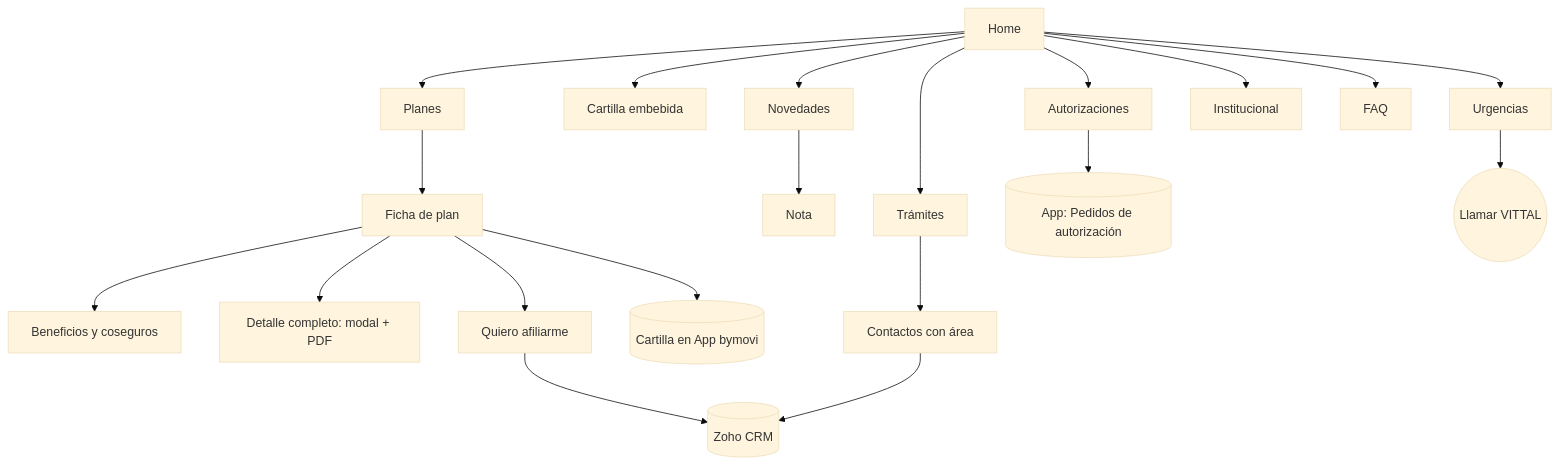
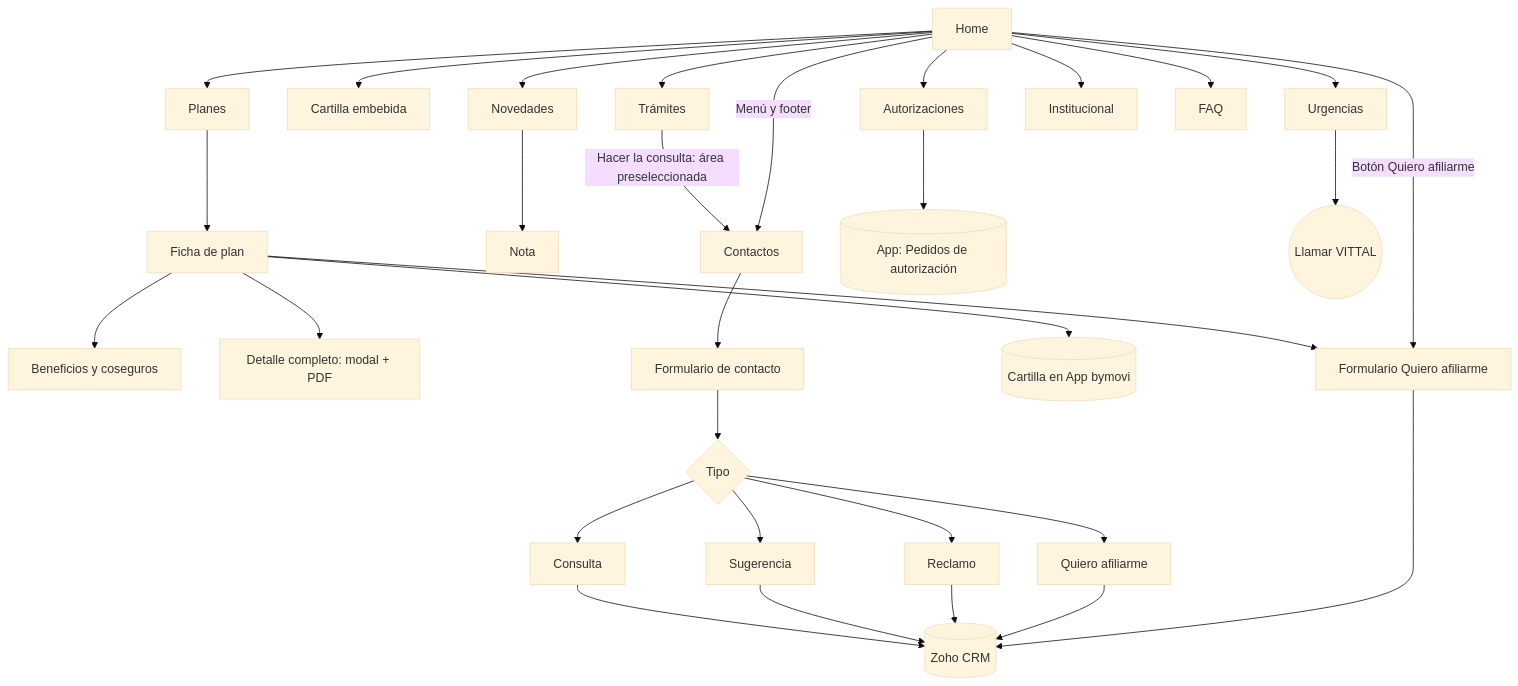
Before and after one commit to eneue2020/web: the diagram in MAPA-DEL-SITIO.md, drawn with Mermaid (base theme). The commit also changed other lines of this file and 1 other file, not shown here.

First line of the commit message:
Mapa del sitio: Contactos y tipos de formulario hacia Zoho CRM

````diff
--- a/MAPA-DEL-SITIO.md
+++ b/MAPA-DEL-SITIO.md
@@ -52,18 +52,29 @@
 ```mermaid
 flowchart TD
     H[Home] --> P[Planes]
     P --> P1[Ficha de plan]
     P1 --> B[Beneficios y coseguros]
     P1 --> D[Detalle completo: modal + PDF]
-    P1 --> A[Quiero afiliarme]
+    P1 --> A[Formulario Quiero afiliarme]
     P1 --> C[(Cartilla en App bymovi)]
     H --> CA[Cartilla embebida]
     H --> N[Novedades] --> N1[Nota]
-    H --> T[Trámites] --> CO[Contactos con área]
+    H --> T[Trámites] -->|Hacer la consulta: área preseleccionada| CO
     H --> AU[Autorizaciones] --> APP[(App: Pedidos de autorización)]
     H --> U[Urgencias] --> TEL((Llamar VITTAL))
     H --> I[Institucional]
     H --> F[FAQ]
-    A --> Z[(Zoho CRM)]
-    CO --> Z
+    H -->|Menú y footer| CO[Contactos]
+    H -->|Botón Quiero afiliarme| A
+    CO --> FC[Formulario de contacto]
+    FC --> TIPO{Tipo}
+    TIPO --> T1[Consulta]
+    TIPO --> T2[Sugerencia]
+    TIPO --> T3[Reclamo]
+    TIPO --> T4[Quiero afiliarme]
+    T1 --> Z[(Zoho CRM)]
+    T2 --> Z
+    T3 --> Z
+    T4 --> Z
+    A --> Z
 ```
````
